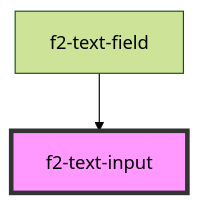
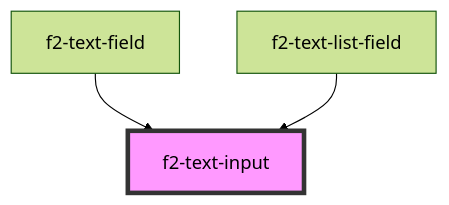
Before and after one commit to EventStore/Design-System: the diagram in packages/fields-v2/src/components/text/input/readme.md, drawn with Mermaid (forest theme). The commit also changed other lines of this file and 6 other files, not shown here.

Commit message:
Add text-list field

````diff
--- a/packages/fields-v2/src/components/text/input/readme.md
+++ b/packages/fields-v2/src/components/text/input/readme.md
@@ -112,5 +113,6 @@
 ```mermaid
 graph TD;
   f2-text-field --> f2-text-input
+  f2-text-list-field --> f2-text-input
   style f2-text-input fill:#f9f,stroke:#333,stroke-width:4px
 ```
````
